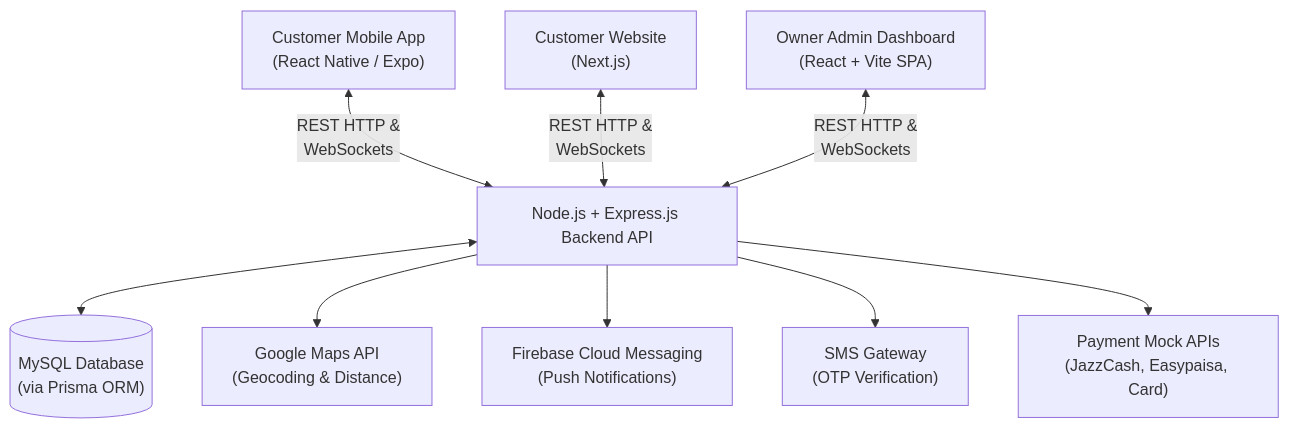
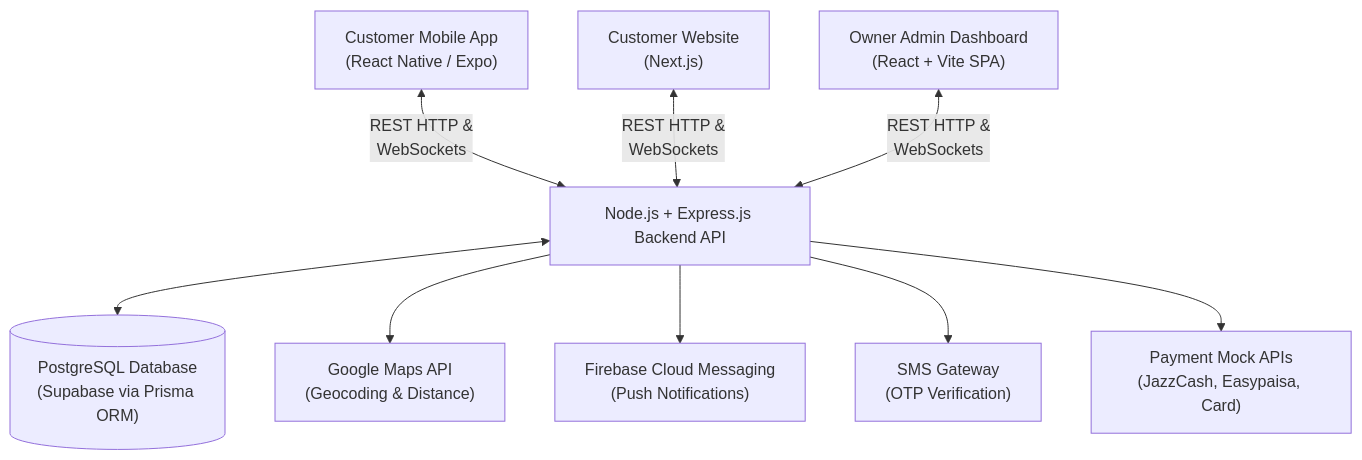
One commit to ahmadniazi0381-dev/Delivery-Management-Platform changed the diagram in docs/SYSTEM_ARCHITECTURE.md. Above: the diagram before and after it, drawn with Mermaid. The commit also changed other lines of this file and 24 other files, not shown here.

Commit message:
Migrate to PostgreSQL

````diff
--- a/docs/SYSTEM_ARCHITECTURE.md
+++ b/docs/SYSTEM_ARCHITECTURE.md
@@ -11,28 +11,28 @@
 ```mermaid
 graph TD
     %% Clients
     App["Customer Mobile App<br/>(React Native / Expo)"]
     Web["Customer Website<br/>(Next.js)"]
     Admin["Owner Admin Dashboard<br/>(React + Vite SPA)"]
 
     %% Backend Services
     API["Node.js + Express.js Backend API"]
-    DB[("MySQL Database<br/>(via Prisma ORM)")]
+    DB[("PostgreSQL Database<br/>(Supabase via Prisma ORM)")]
     
     %% External Integrations
     GMaps["Google Maps API<br/>(Geocoding & Distance)"]
     FCM["Firebase Cloud Messaging<br/>(Push Notifications)"]
     SMS["SMS Gateway<br/>(OTP Verification)"]
     Gateway["Payment Mock APIs<br/>(JazzCash, Easypaisa, Card)"]
 
     %% Connections
     App <-->|REST HTTP &<br/>WebSockets| API
     Web <-->|REST HTTP &<br/>WebSockets| API
     Admin <-->|REST HTTP &<br/>WebSockets| API
     
     API <--> DB
     API --> GMaps
     API --> FCM
     API --> SMS
     API --> Gateway
 ```
````
